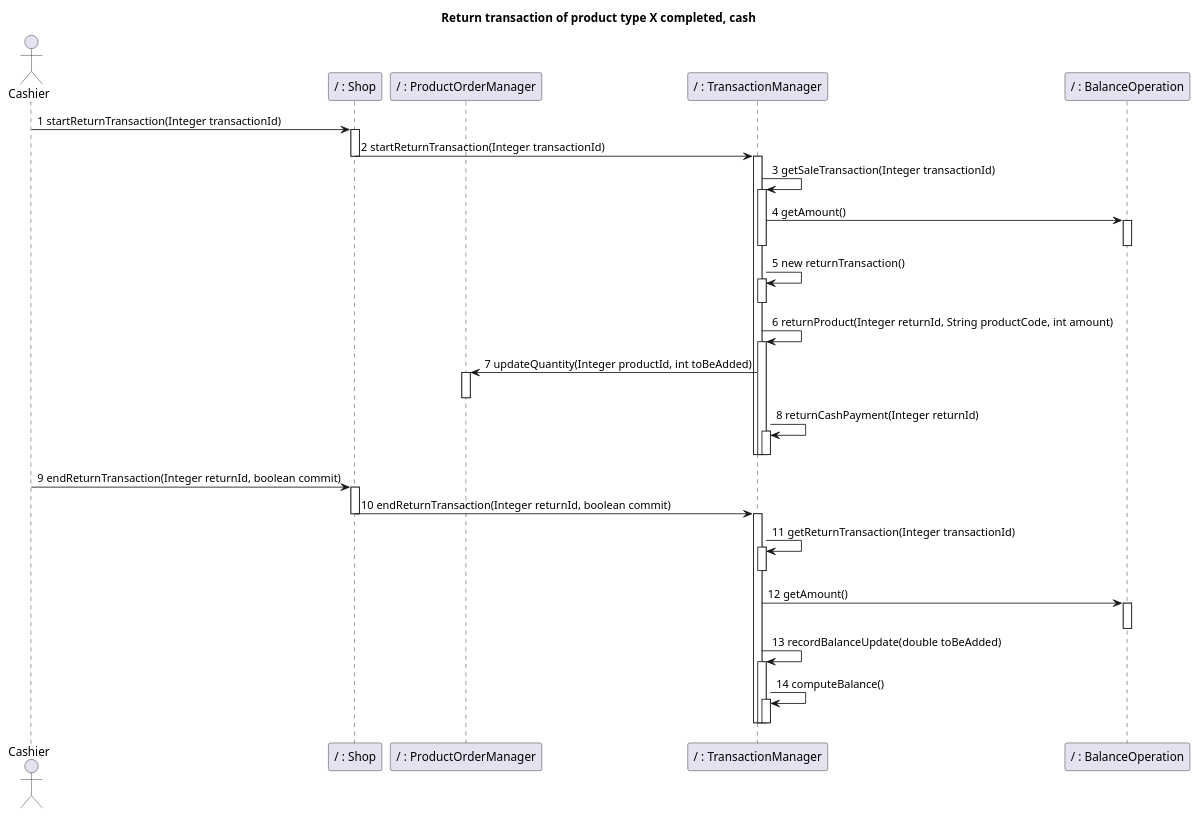
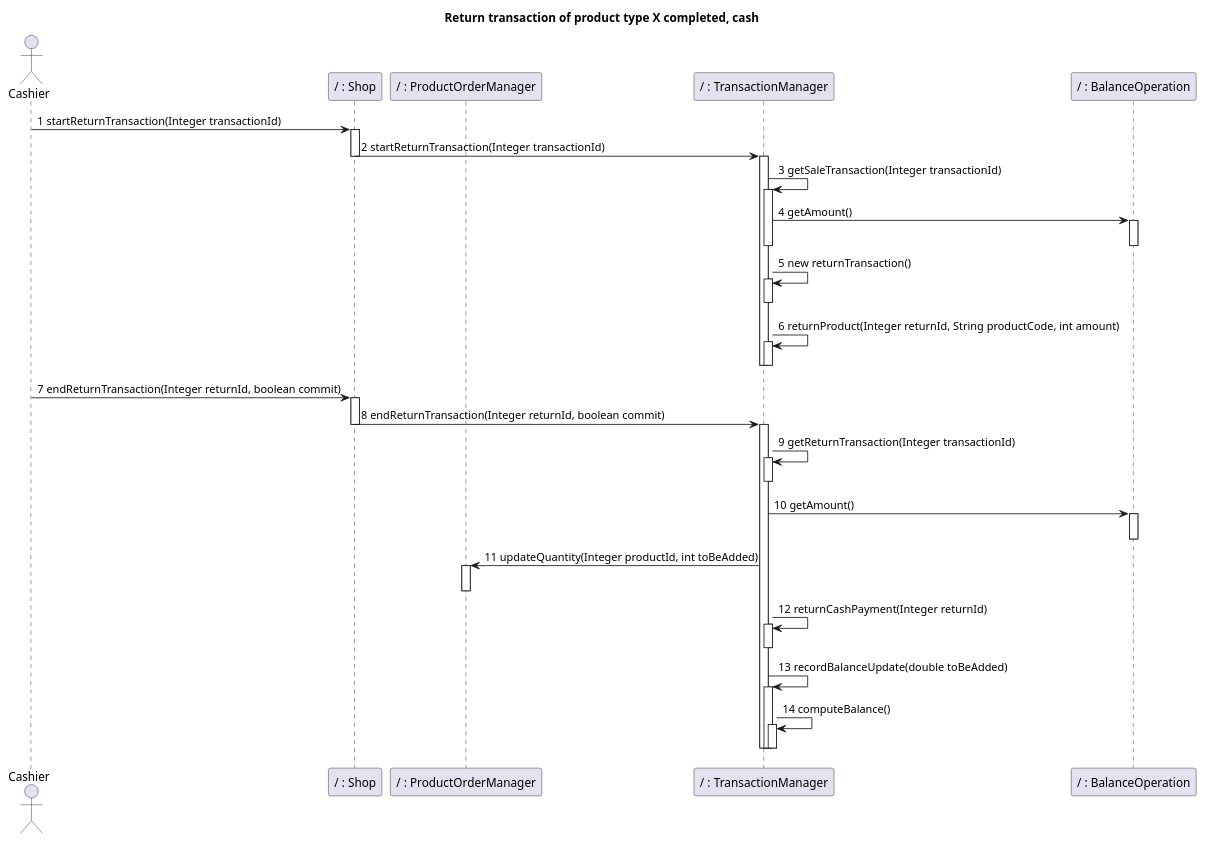
Before and after one commit to nicolabattaglino/ezshop: diagram 29 of 32 in Deliverables/DesignDocument.md, drawn with PlantUML.

Commit message:
scenario 8.1

````diff
--- a/Deliverables/DesignDocument.md
+++ b/Deliverables/DesignDocument.md
@@ -1442,59 +1442,60 @@
 ```plantuml
 @startuml
 
 title
 Return transaction of product type X completed, cash
 end title
 
 
 actor Cashier
 participant "/ : Shop" as Shop
 participant "/ : ProductOrderManager" as ProductOrderManager
 participant "/ : TransactionManager" as TransactionManager
 participant "/ : BalanceOperation" as BalanceOperation
 Cashier -> Shop :1 startReturnTransaction(Integer transactionId)
 activate Shop
 Shop -> TransactionManager:2 startReturnTransaction(Integer transactionId)
 Deactivate Shop
 activate TransactionManager
 TransactionManager -> TransactionManager:3 getSaleTransaction(Integer transactionId)
 activate TransactionManager
 TransactionManager -> BalanceOperation :4 getAmount()
 activate BalanceOperation
 deactivate BalanceOperation
 deactivate TransactionManager
 TransactionManager -> TransactionManager:5 new returnTransaction()
 activate TransactionManager
 deactivate TransactionManager
 TransactionManager -> TransactionManager:6 returnProduct(Integer returnId, String productCode, int amount)
 activate TransactionManager
-TransactionManager -> ProductOrderManager:7 updateQuantity(Integer productId, int toBeAdded)
+
+deactivate TransactionManager 
+deactivate TransactionManager
+Cashier -> Shop :7 endReturnTransaction(Integer returnId, boolean commit)
+activate Shop
+Shop -> TransactionManager:8 endReturnTransaction(Integer returnId, boolean commit)
+deactivate Shop
+activate TransactionManager
+TransactionManager -> TransactionManager:9 getReturnTransaction(Integer transactionId)
+activate TransactionManager
+deactivate TransactionManager
+TransactionManager -> BalanceOperation :10 getAmount()
+activate BalanceOperation
+deactivate BalanceOperation
+TransactionManager -> ProductOrderManager:11 updateQuantity(Integer productId, int toBeAdded)
 activate ProductOrderManager
 deactivate ProductOrderManager
-TransactionManager -> TransactionManager:8 returnCashPayment(Integer returnId)
+TransactionManager -> TransactionManager:12 returnCashPayment(Integer returnId)
 activate TransactionManager
 deactivate TransactionManager
-deactivate TransactionManager 
-deactivate TransactionManager
-Cashier -> Shop :9 endReturnTransaction(Integer returnId, boolean commit)
-activate Shop
-Shop -> TransactionManager:10 endReturnTransaction(Integer returnId, boolean commit)
-deactivate Shop
-activate TransactionManager
-TransactionManager -> TransactionManager:11 getReturnTransaction(Integer transactionId)
-activate TransactionManager
-deactivate TransactionManager
-TransactionManager -> BalanceOperation :12 getAmount()
-activate BalanceOperation
-deactivate BalanceOperation
 TransactionManager -> TransactionManager:13 recordBalanceUpdate(double toBeAdded)
 activate TransactionManager
 TransactionManager -> TransactionManager:14 computeBalance()
 activate TransactionManager
 deactivate TransactionManager
 deactivate TransactionManager
 deactivate TransactionManager
 deactivate TransactionManager 
 
 @enduml
 ```
````
